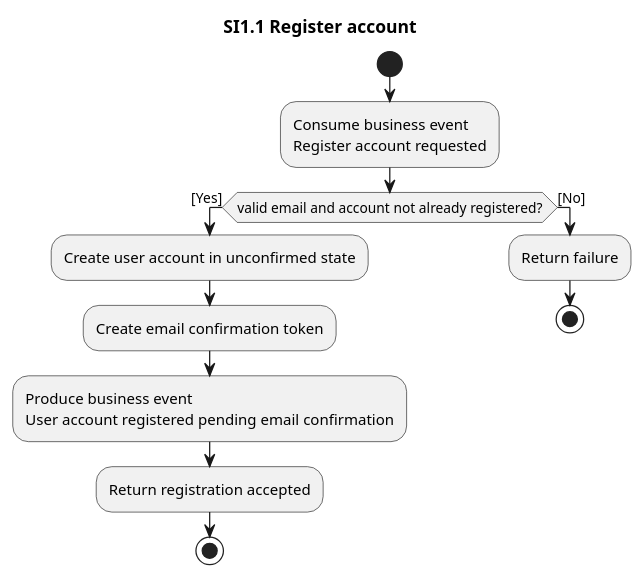
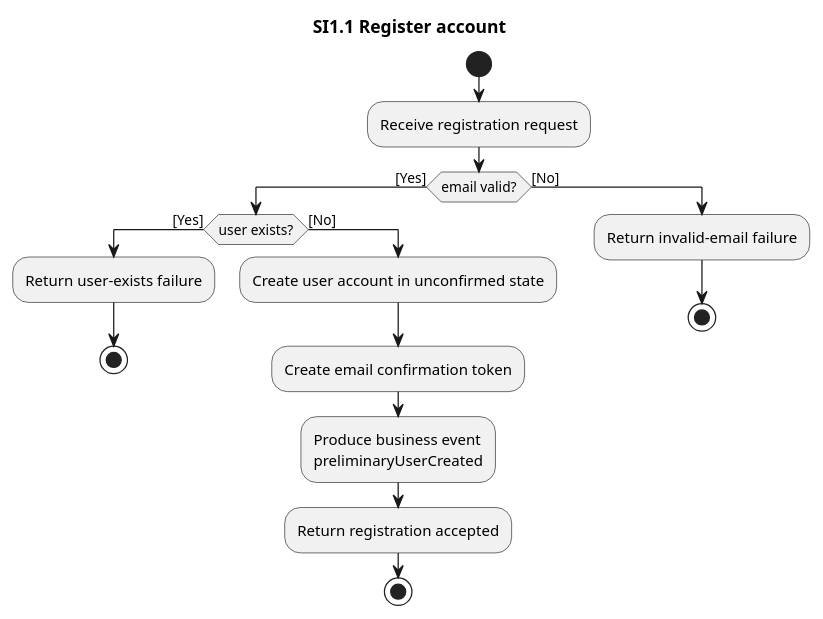
Before and after one commit to ottolote/fixme: the diagram in docs/business/system-interactions/diagrams/si1.1-register-account.pu, drawn with PlantUML. The commit also changed 33 other files, not shown here.

Commit message:
add all conditionals etc to system interaction diagrams

```diff
--- a/docs/business/system-interactions/diagrams/si1.1-register-account.pu
+++ b/docs/business/system-interactions/diagrams/si1.1-register-account.pu
@@ -1,20 +1,24 @@
 @startuml si1.1-register-account
 title SI1.1 Register account
 
 start
-:Consume business event
-Register account requested;
+:Receive registration request;
 
-if (valid email and account not already registered?) then ([Yes])
-  :Create user account in unconfirmed state;
-  :Create email confirmation token;
-  :Produce business event
-User account registered pending email confirmation;
-  :Return registration accepted;
-  stop
+if (email valid?) then ([Yes])
+  if (user exists?) then ([Yes])
+    :Return user-exists failure;
+    stop
+  else ([No])
+    :Create user account in unconfirmed state;
+    :Create email confirmation token;
+    :Produce business event
+preliminaryUserCreated;
+    :Return registration accepted;
+    stop
+  endif
 else ([No])
-  :Return failure;
+  :Return invalid-email failure;
   stop
 endif
 
 @enduml
```
